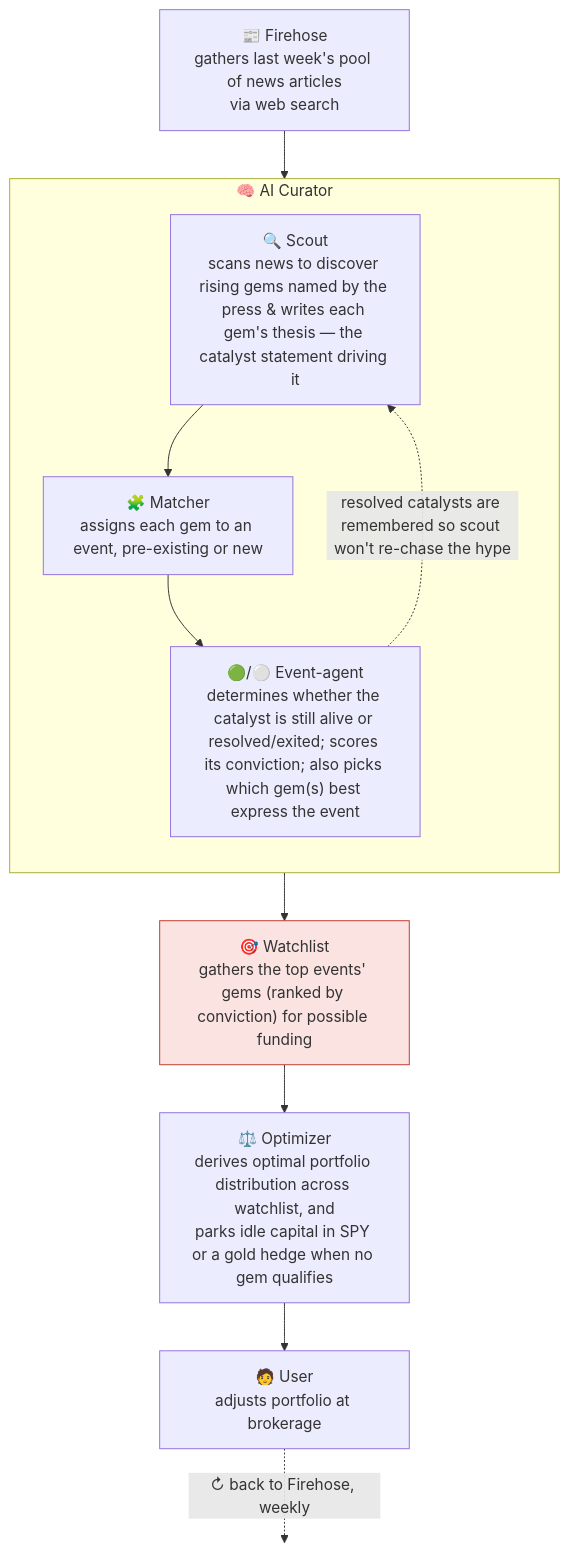
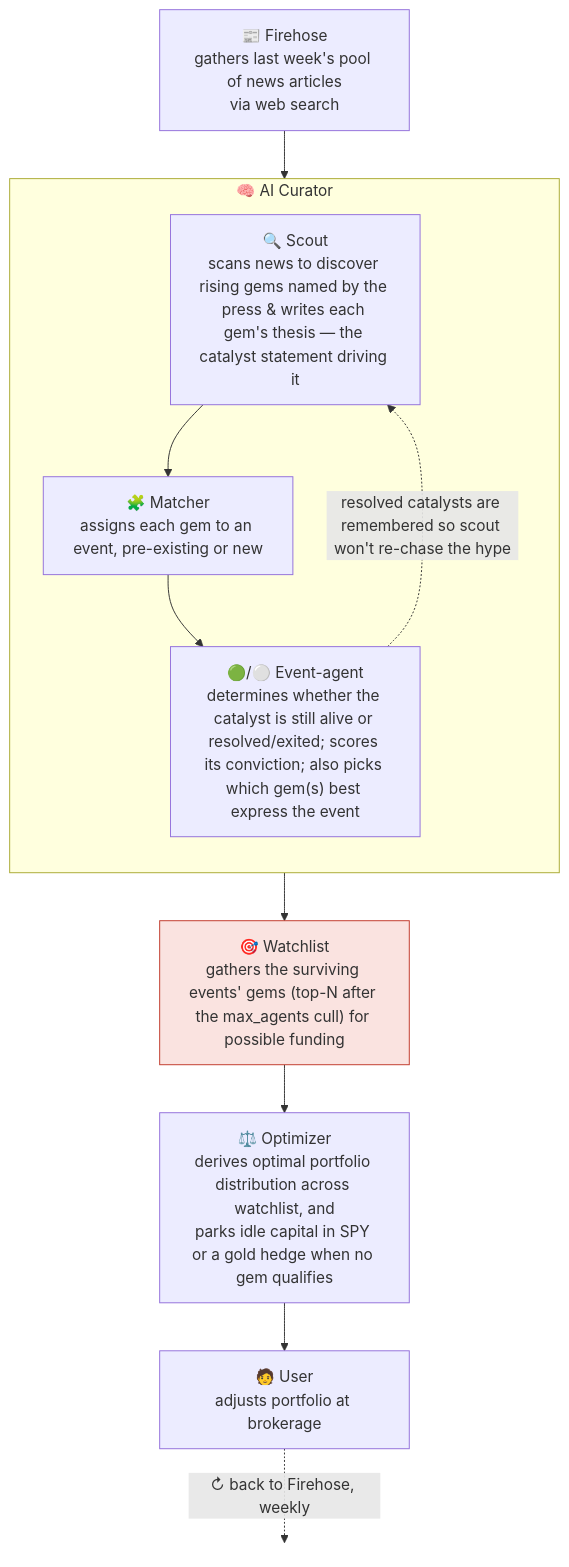
The diagram in README.md (joehahn/geo-herd-rider), drawn with Mermaid before and after one commit. The commit also changed other lines of this file, not shown here.

````diff
--- a/README.md
+++ b/README.md
@@ -18,26 +18,26 @@
 ```mermaid
 flowchart TD
     S["📰 Firehose<br/>gathers last week's pool of news articles<br/>via web search"]
     S --> SC
 
     subgraph CUR["🧠 AI Curator"]
       direction TB
       SC["🔍 Scout<br/>scans news to discover rising gems named by the press & writes each gem's thesis — the catalyst statement driving it"]
       MA["🧩 Matcher<br/>assigns each gem to an event, pre-existing or new"]
       AG["🟢/⚪ Event-agent<br/>determines whether the catalyst is still alive or resolved/exited; scores its conviction; also picks which gem(s) best express the event"]
       SC --> MA --> AG
     end
 
-    E["🎯 Watchlist<br/>gathers the top events' gems (ranked by conviction) for possible funding"]
+    E["🎯 Watchlist<br/>gathers the surviving events' gems (top-N after the max_agents cull) for possible funding"]
     W["⚖️ Optimizer<br/>derives optimal portfolio distribution across watchlist, and<br/>parks idle capital in SPY or a gold hedge when no gem qualifies"]
     U["🧑 User<br/>adjusts portfolio at brokerage"]
 
     AG --> E
     AG -. "resolved catalysts are remembered so scout won't re-chase the hype" .-> SC
     E --> W --> U
     U -. "↻ back to Firehose, weekly" .-> X(( ))
     style X fill:none,stroke:none
 
     classDef bet fill:#fae3e0,stroke:#c0392b;
     class E bet
 ```
````
